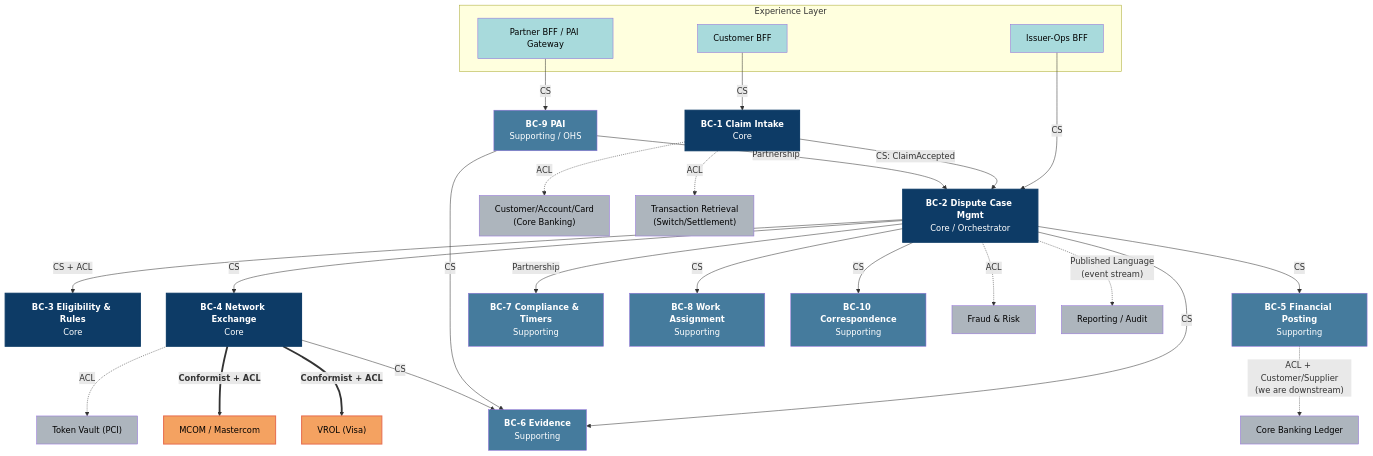
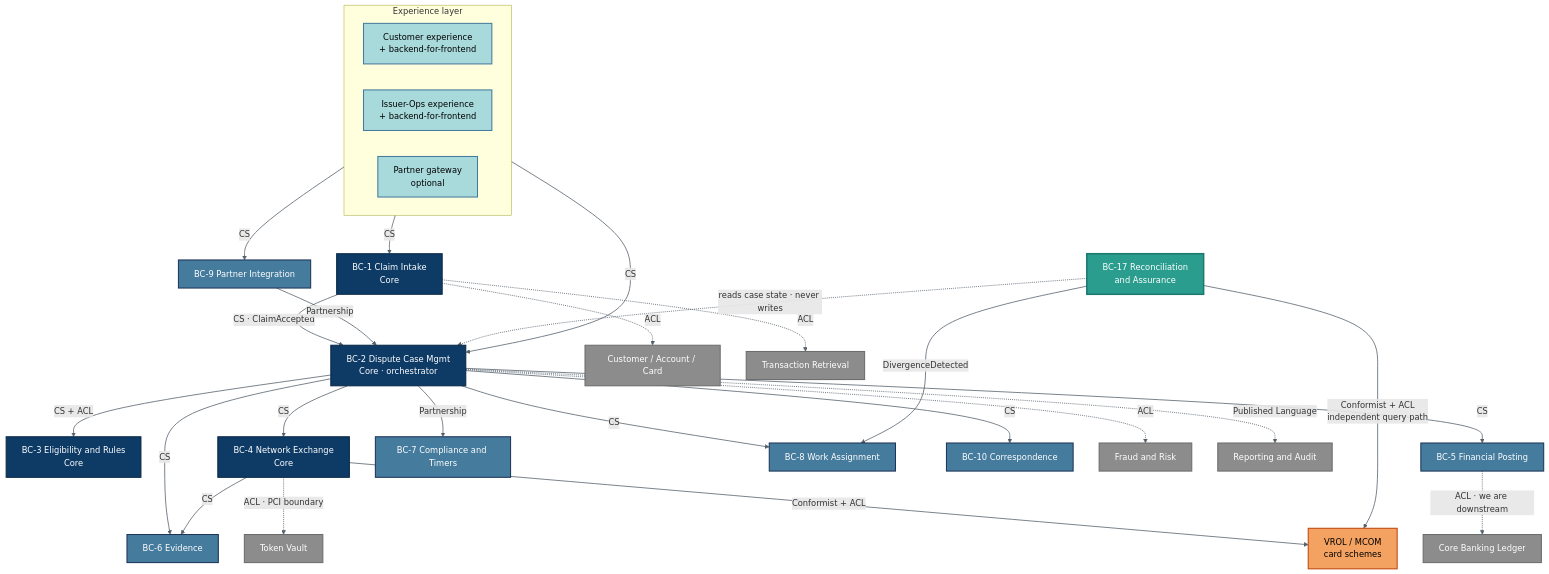
Before and after one commit to bmageshvec/poc-claims-resolution: the fourth of 16 diagrams in docs/dispute-claims-resolution-architecture.md, drawn with Mermaid. The commit also changed other lines of this file and 32 other files, not shown here.

````diff
--- a/docs/dispute-claims-resolution-architecture.md
+++ b/docs/dispute-claims-resolution-architecture.md
@@ -516,64 +614,65 @@
 ```mermaid
 flowchart TB
-    subgraph EXP["Experience Layer"]
-        CBFF["Customer BFF"]
-        OBFF["Issuer-Ops BFF"]
-        PBFF["Partner BFF / PAI Gateway"]
+    subgraph EXP["Experience layer"]
+        direction LR
+        CBFF["Customer experience<br/>+ backend-for-frontend"]
+        OBFF["Issuer-Ops experience<br/>+ backend-for-frontend"]
+        PBFF["Partner gateway<br/>optional"]
     end
-
-    CI["<b>BC-1 Claim Intake</b><br/>Core"]
-    DC["<b>BC-2 Dispute Case Mgmt</b><br/>Core / Orchestrator"]
-    RU["<b>BC-3 Eligibility &amp; Rules</b><br/>Core"]
-    NX["<b>BC-4 Network Exchange</b><br/>Core"]
-    FP["<b>BC-5 Financial Posting</b><br/>Supporting"]
-    EV["<b>BC-6 Evidence</b><br/>Supporting"]
-    CT["<b>BC-7 Compliance &amp; Timers</b><br/>Supporting"]
-    WA["<b>BC-8 Work Assignment</b><br/>Supporting"]
-    PA["<b>BC-9 PAI</b><br/>Supporting / OHS"]
-    CO["<b>BC-10 Correspondence</b><br/>Supporting"]
-
-    CUST["Customer/Account/Card<br/>(Core Banking)"]
-    TXN["Transaction Retrieval<br/>(Switch/Settlement)"]
-    FRD["Fraud &amp; Risk"]
-    VAULT["Token Vault (PCI)"]
+    CI["BC-1 Claim Intake<br/>Core"]
+    DC["BC-2 Dispute Case Mgmt<br/>Core · orchestrator"]
+    RU["BC-3 Eligibility and Rules<br/>Core"]
+    NX["BC-4 Network Exchange<br/>Core"]
+    REC["BC-17 Reconciliation<br/>and Assurance"]
+    FP["BC-5 Financial Posting"]
+    EV["BC-6 Evidence"]
+    CT["BC-7 Compliance and Timers"]
+    WA["BC-8 Work Assignment"]
+    PA["BC-9 Partner Integration"]
+    CO["BC-10 Correspondence"]
+    CUST["Customer / Account / Card"]
+    TXN["Transaction Retrieval"]
+    FRD["Fraud and Risk"]
+    VAULT["Token Vault"]
     LDGR["Core Banking Ledger"]
-    MCOM["MCOM / Mastercom"]
-    VROL["VROL (Visa)"]
-    RPT["Reporting / Audit"]
+    SCHEME["VROL / MCOM<br/>card schemes"]
+    RPT["Reporting and Audit"]
 
     CBFF -->|"CS"| CI
     OBFF -->|"CS"| DC
     PBFF -->|"CS"| PA
-
-    CI -->|"CS: ClaimAccepted"| DC
+    CI -->|"CS · ClaimAccepted"| DC
     DC -->|"CS + ACL"| RU
     DC -->|"CS"| NX
     DC -->|"CS"| FP
     DC -->|"CS"| EV
     DC -->|"Partnership"| CT
     DC -->|"CS"| WA
     DC -->|"CS"| CO
     PA -->|"Partnership"| DC
-    PA -->|"CS"| EV
     NX -->|"CS"| EV
-
     CI -.->|"ACL"| CUST
     CI -.->|"ACL"| TXN
     DC -.->|"ACL"| FRD
-    NX -.->|"ACL"| VAULT
-    FP -.->|"ACL + Customer/Supplier<br/>(we are downstream)"| LDGR
-    NX ==>|"<b>Conformist + ACL</b>"| MCOM
-    NX ==>|"<b>Conformist + ACL</b>"| VROL
-    DC -.->|"Published Language<br/>(event stream)"| RPT
+    NX -.->|"ACL · PCI boundary"| VAULT
+    FP -.->|"ACL · we are downstream"| LDGR
+    NX ==>|"Conformist + ACL"| SCHEME
+    REC ==>|"Conformist + ACL<br/>independent query path"| SCHEME
+    REC -.->|"reads case state · never writes"| DC
+    REC ==>|"DivergenceDetected"| WA
+    DC -.->|"Published Language"| RPT
 
-    classDef core fill:#0d3b66,color:#fff,stroke:#0d3b66,stroke-width:2px
-    classDef sup fill:#457b9d,color:#fff
-    classDef ext fill:#adb5bd,color:#000
-    classDef net fill:#f4a261,color:#000,stroke:#e76f51,stroke-width:2px
-    classDef exp fill:#a8dadc,color:#000
+    classDef core fill:#0D3B66,color:#FFFFFF,stroke:#092845,stroke-width:2px
+    classDef sup fill:#457B9D,color:#FFFFFF,stroke:#1D3557,stroke-width:2px
+    classDef newbc fill:#2A9D8F,color:#FFFFFF,stroke:#1D7A6F,stroke-width:3px
+    classDef ext fill:#8C8C8C,color:#FFFFFF,stroke:#6C6C6C,stroke-width:2px
+    classDef scheme fill:#F4A261,color:#000000,stroke:#C1440E,stroke-width:2px
+    classDef exp fill:#A8DADC,color:#000000,stroke:#457B9D,stroke-width:2px
     class CI,DC,RU,NX core
     class FP,EV,CT,WA,PA,CO sup
+    class REC newbc
     class CUST,TXN,FRD,VAULT,LDGR,RPT ext
-    class MCOM,VROL net
+    class SCHEME scheme
     class CBFF,OBFF,PBFF exp
+    linkStyle default stroke:#54606C,stroke-width:1.5px
 ```
````
